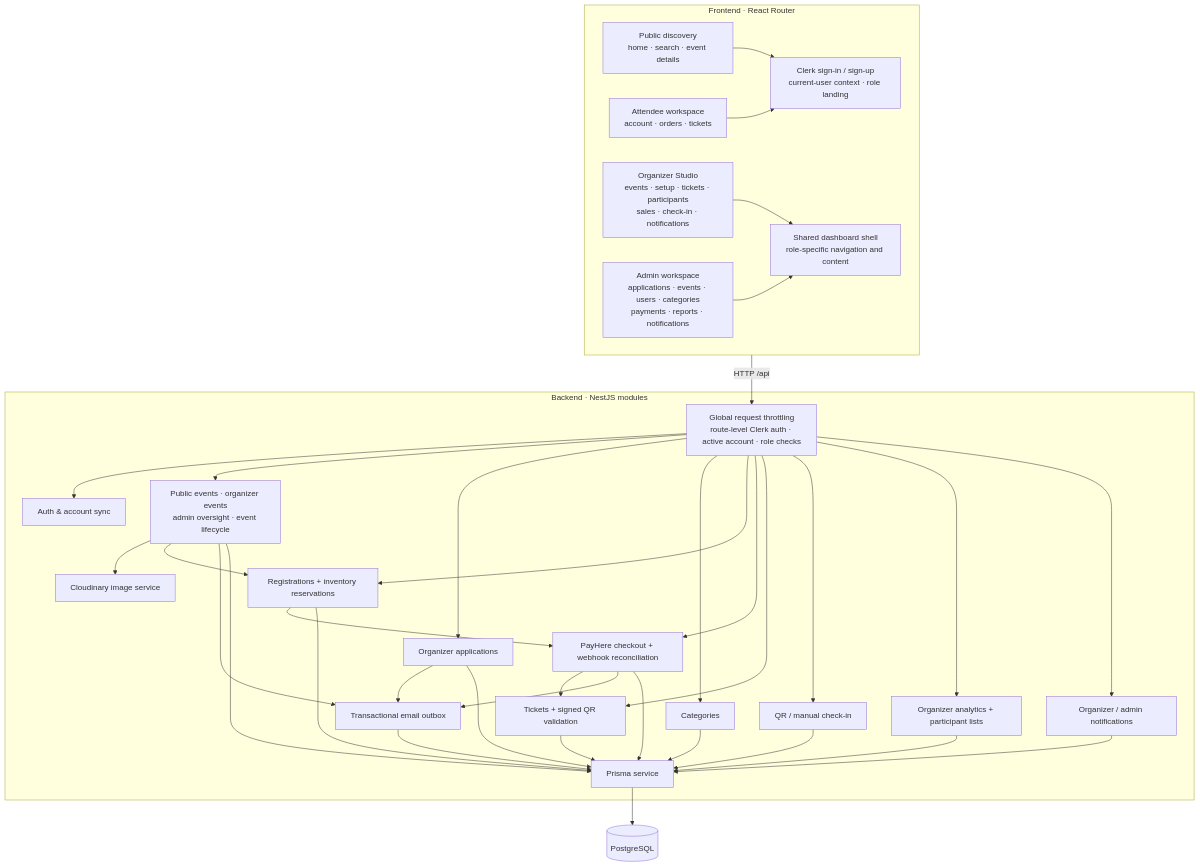
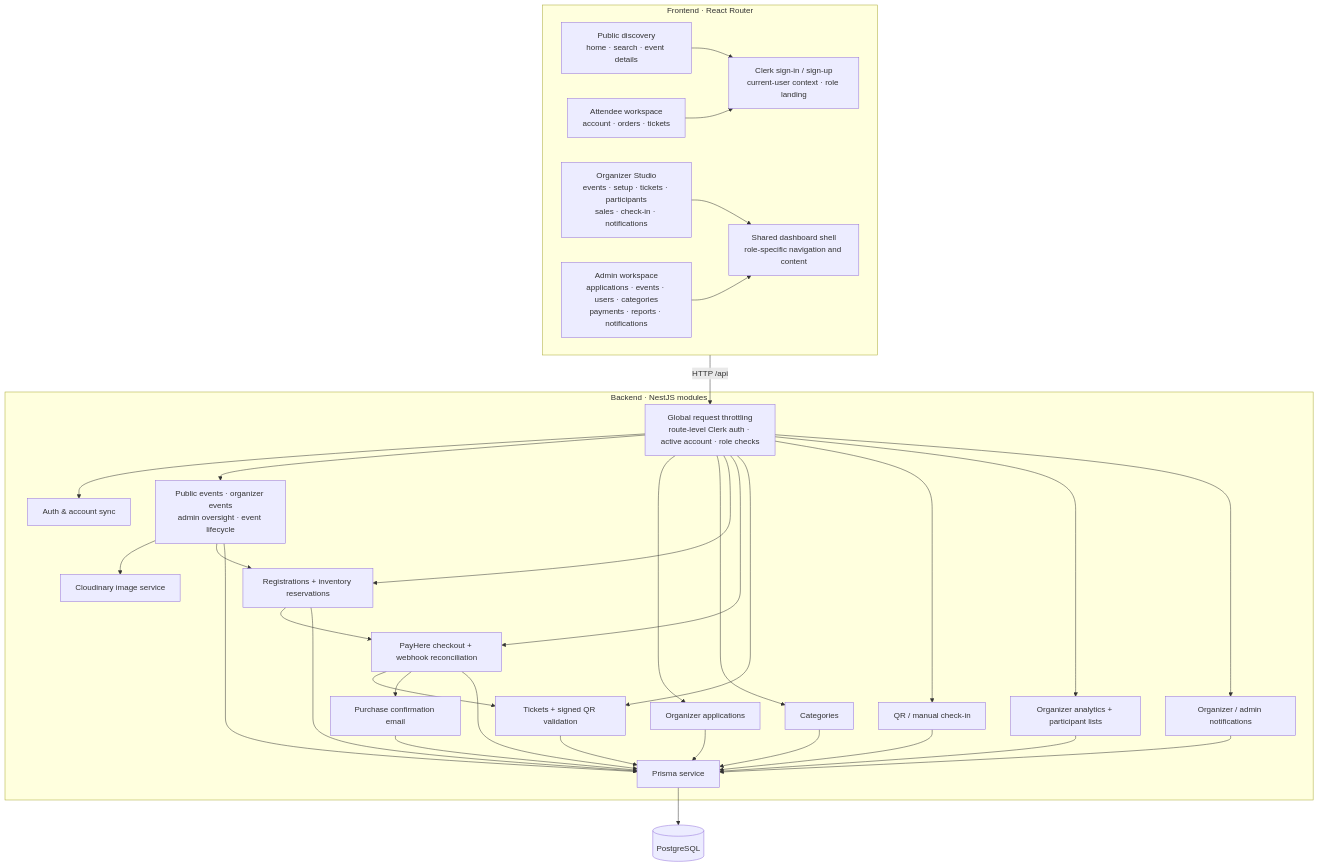
One commit to HasarangaSam/Eventora changed the second of 6 diagrams in ARCHITECTURE.md. Above: the diagram before and after it, drawn with Mermaid. The commit also changed other lines of this file and 26 other files, not shown here.

````diff
--- a/ARCHITECTURE.md
+++ b/ARCHITECTURE.md
@@ -34,62 +34,60 @@
 ```mermaid
 flowchart TB
     subgraph UI[Frontend · React Router]
       Public[Public discovery<br/>home · search · event details]
       Attendee[Attendee workspace<br/>account · orders · tickets]
       Organizer[Organizer Studio<br/>events · setup · tickets · participants<br/>sales · check-in · notifications]
       Admin[Admin workspace<br/>applications · events · users · categories<br/>payments · reports · notifications]
       AuthUI[Clerk sign-in / sign-up<br/>current-user context · role landing]
       Shell[Shared dashboard shell<br/>role-specific navigation and content]
       Public --> AuthUI
       Attendee --> AuthUI
       Organizer --> Shell
       Admin --> Shell
     end
 
     subgraph Server[Backend · NestJS modules]
       Guards[Global request throttling<br/>route-level Clerk auth · active account · role checks]
       Auth[Auth & account sync]
       Events[Public events · organizer events<br/>admin oversight · event lifecycle]
       Applications[Organizer applications]
       Categories[Categories]
       Registration[Registrations + inventory reservations]
       Payments[PayHere checkout + webhook reconciliation]
       Tickets[Tickets + signed QR validation]
       Checkins[QR / manual check-in]
       Analytics[Organizer analytics + participant lists]
       Notifications[Organizer / admin notifications]
-      Email[Transactional email outbox]
+      Email[Purchase confirmation email]
       Images[Cloudinary image service]
       Persistence[Prisma service]
       Guards --> Auth
       Guards --> Events
       Guards --> Applications
       Guards --> Categories
       Guards --> Registration
       Guards --> Payments
       Guards --> Tickets
       Guards --> Checkins
       Guards --> Analytics
       Guards --> Notifications
       Events --> Images
       Events --> Registration
       Registration --> Payments
       Payments --> Tickets
-      Events --> Email
       Payments --> Email
-      Applications --> Email
       Events --> Persistence
       Applications --> Persistence
       Categories --> Persistence
       Registration --> Persistence
       Payments --> Persistence
       Tickets --> Persistence
       Checkins --> Persistence
       Analytics --> Persistence
       Notifications --> Persistence
       Email --> Persistence
     end
 
     UI -->|HTTP /api| Guards
     Persistence --> DB[(PostgreSQL)]
 ```
````
